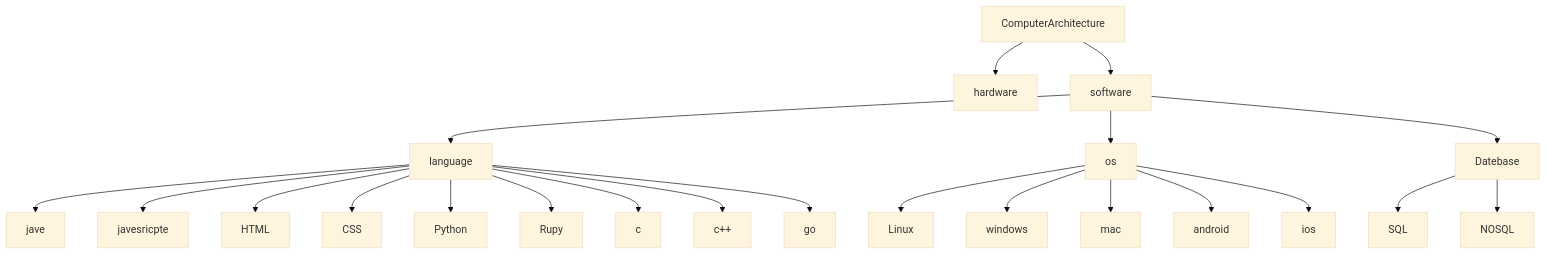
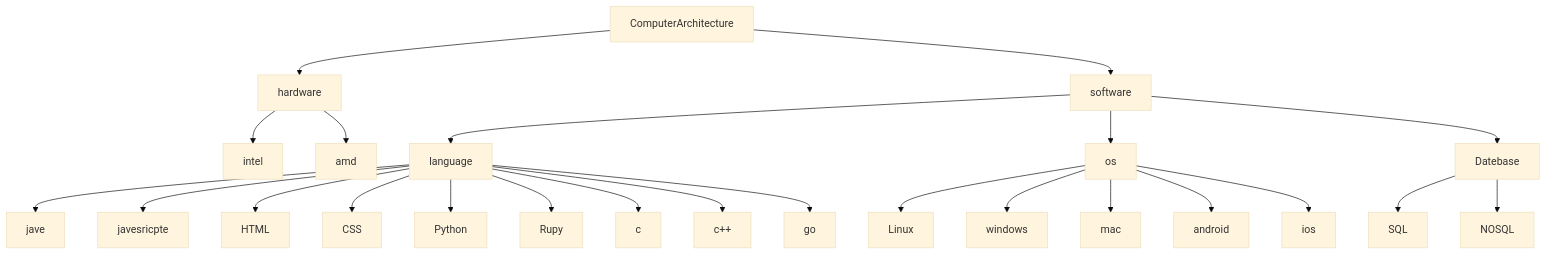
Before and after one commit to qmarsun/computer: the diagram in computer1.md, drawn with Mermaid (base theme).

````diff
--- a/computer1.md
+++ b/computer1.md
@@ -1,33 +1,37 @@
 ```mermaid
 graph TD;
     ComputerArchitecture-->hardware;
     ComputerArchitecture-->software;
+    hardware-->intel
+    hardware-->amd
     
     software-->language;
     software-->os;
     software-->Datebase;
     Datebase-->SQL
     Datebase-->NOSQL
     
     language-->jave
     language-->javesricpte
     language-->HTML
     language-->CSS
     language-->Python
     language-->Rupy
 
     language-->c
     language-->c++
     language-->go
    
     os-->Linux
     os-->windows
 
     os-->mac
     os-->android
     os-->ios
     
     
+    
+    
 
     
 ``` 
````
